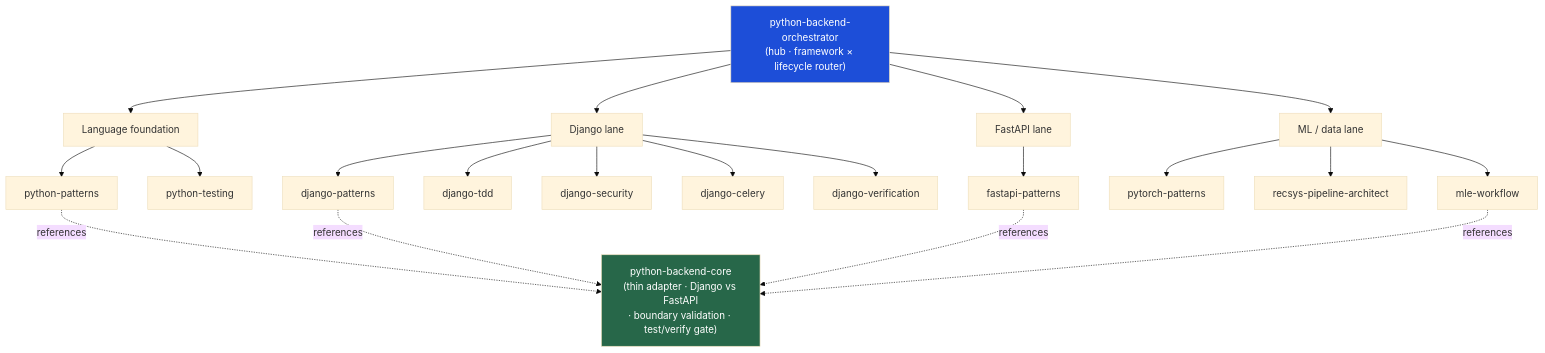
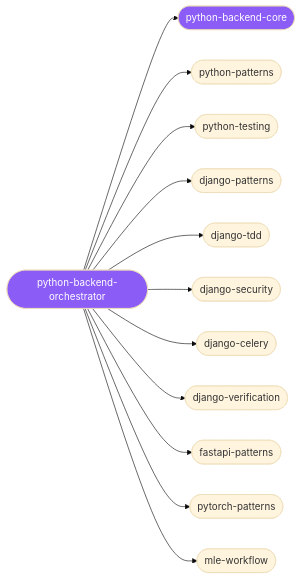
The diagram in clusters/python-backend/README.md (Sheshiyer/skill-clusters), drawn with Mermaid (base theme) before and after one commit. The commit also changed other lines of this file and 44 other files, not shown here.

````diff
--- a/clusters/python-backend/README.md
+++ b/clusters/python-backend/README.md
@@ -33,28 +18,15 @@
 ```mermaid
-graph TD
-    O["python-backend-orchestrator<br/>(hub · framework × lifecycle router)"]
-    O --> FND["Language foundation"]
-    O --> DJ["Django lane"]
-    O --> FA["FastAPI lane"]
-    O --> ML["ML / data lane"]
-
-    FND --> P1["python-patterns"]
-    FND --> P2["python-testing"]
-    DJ --> D1["django-patterns"]
-    DJ --> D2["django-tdd"]
-    DJ --> D3["django-security"]
-    DJ --> D4["django-celery"]
-    DJ --> D5["django-verification"]
-    FA --> F1["fastapi-patterns"]
-    ML --> M1["pytorch-patterns"]
-    ML --> M2["recsys-pipeline-architect"]
-    ML --> M3["mle-workflow"]
-
-    P1 -. references .-> C["python-backend-core<br/>(thin adapter · Django vs FastAPI<br/>· boundary validation · test/verify gate)"]
-    D1 -. references .-> C
-    F1 -. references .-> C
-    M3 -. references .-> C
-
-    style O fill:#1d4ed8,color:#fff
-    style C fill:#276749,color:#fff
+graph LR
+  o([python-backend-orchestrator]):::hub --> c([python-backend-core]):::hub
+  o --> s1([python-patterns])
+  o --> s2([python-testing])
+  o --> s3([django-patterns])
+  o --> s4([django-tdd])
+  o --> s5([django-security])
+  o --> s6([django-celery])
+  o --> s7([django-verification])
+  o --> s8([fastapi-patterns])
+  o --> s9([pytorch-patterns])
+  o --> s10([mle-workflow])
+  classDef hub fill:#8b5cf6,color:#fff;
 ```
````
